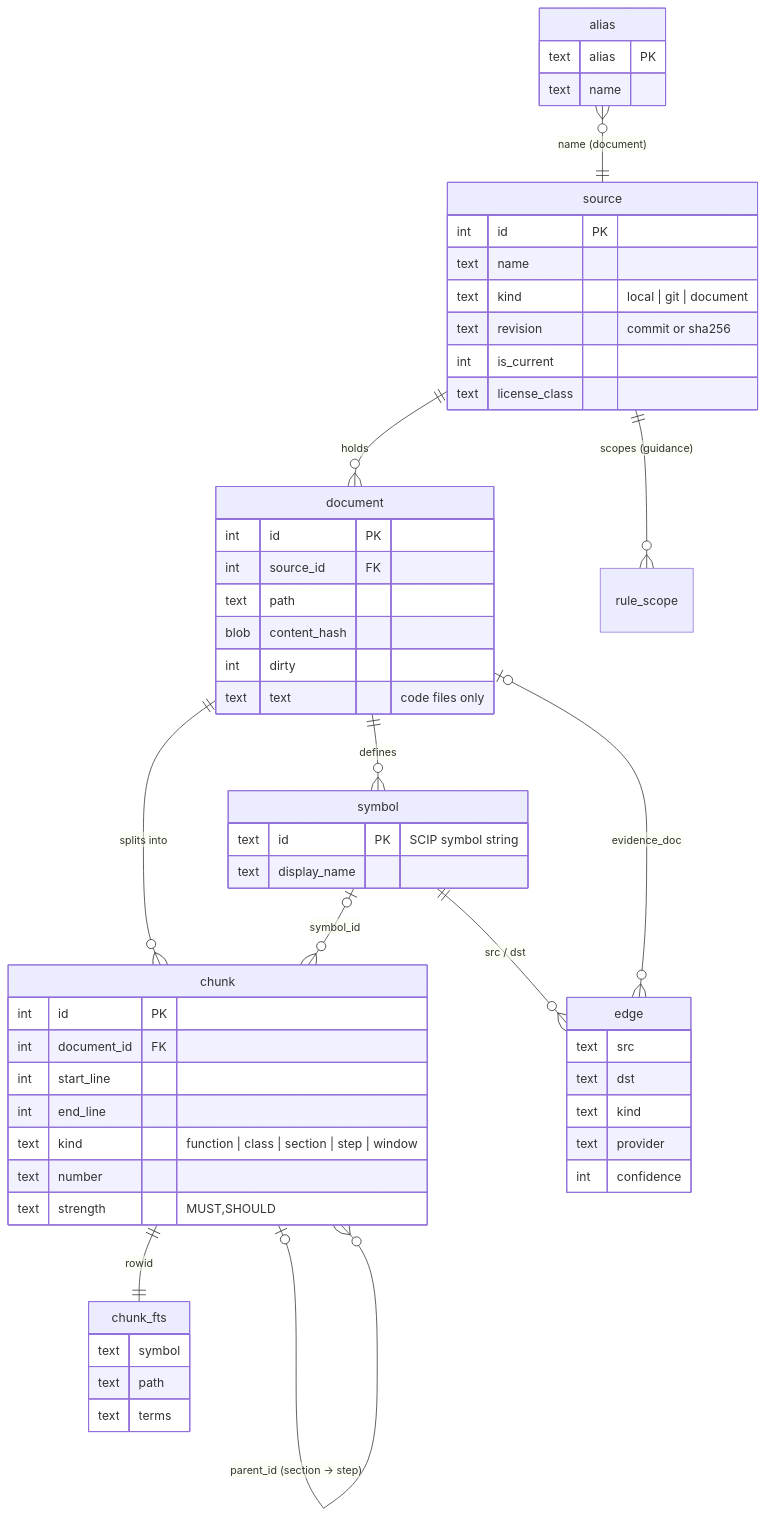
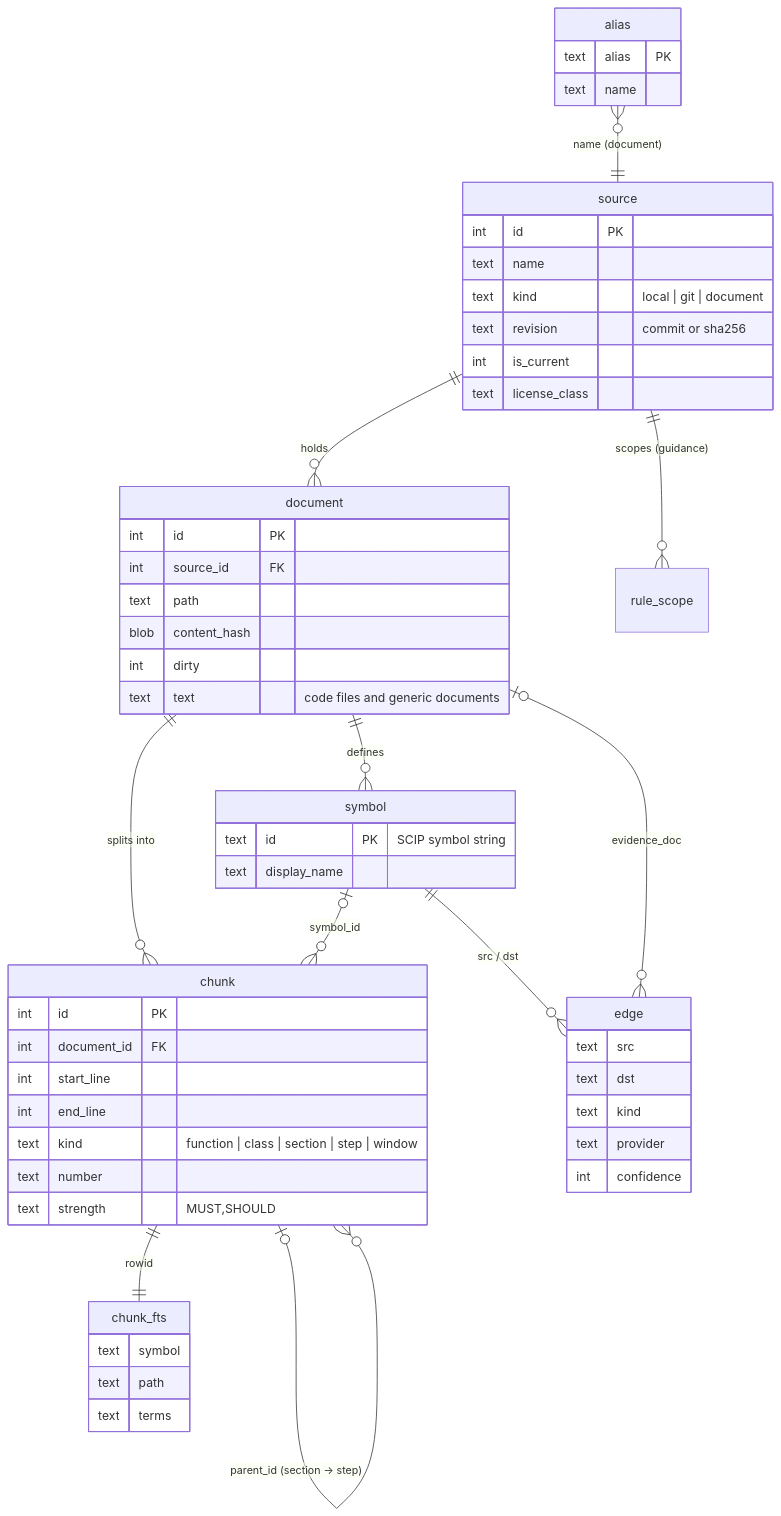
Before and after one commit to jamescrowley321/codecite: the fifth of 5 diagrams in docs/design.md, drawn with Mermaid. The commit also changed other lines of this file and 3 other files, not shown here.

````diff
--- a/docs/design.md
+++ b/docs/design.md
@@ -219,58 +219,58 @@
 ```mermaid
 erDiagram
   source ||--o{ document : "holds"
   document ||--o{ chunk : "splits into"
   document ||--o{ symbol : "defines"
   chunk |o--o{ chunk : "parent_id (section → step)"
   symbol |o--o{ chunk : "symbol_id"
   chunk ||--|| chunk_fts : "rowid"
   symbol ||--o{ edge : "src / dst"
   document |o--o{ edge : "evidence_doc"
   alias }o--|| source : "name (document)"
   source ||--o{ rule_scope : "scopes (guidance)"
   source {
     int id PK
     text name
     text kind "local | git | document"
     text revision "commit or sha256"
     int is_current
     text license_class
   }
   document {
     int id PK
     int source_id FK
     text path
     blob content_hash
     int dirty
-    text text "code files only"
+    text text "code files and generic documents"
   }
   chunk {
     int id PK
     int document_id FK
     int start_line
     int end_line
     text kind "function | class | section | step | window"
     text number
     text strength "MUST,SHOULD"
   }
   symbol {
     text id PK "SCIP symbol string"
     text display_name
   }
   edge {
     text src
     text dst
     text kind
     text provider
     int confidence
   }
   alias {
     text alias PK
     text name
   }
   chunk_fts {
     text symbol
     text path
     text terms
   }
 ```
````
